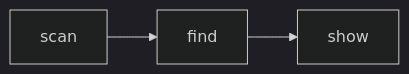
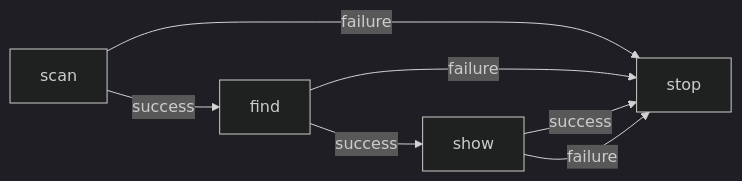
Before and after one commit to petersgiles/workflow: the diagram in flow.mmd, drawn with Mermaid (dark theme). The commit also changed 17 other files, not shown here.

Commit message:
good flow

```diff
--- a/flow.mmd
+++ b/flow.mmd
@@ -1,6 +1,11 @@
 flowchart LR
   scan["scan"]
+  scan -- "success" --> find
+  scan -- "failure" --> stop
   find["find"]
+  find -- "success" --> show
+  find -- "failure" --> stop
   show["show"]
-  scan --> find
-  find --> show
+  show -- "success" --> stop
+  show -- "failure" --> stop
+  stop["stop"]
```
